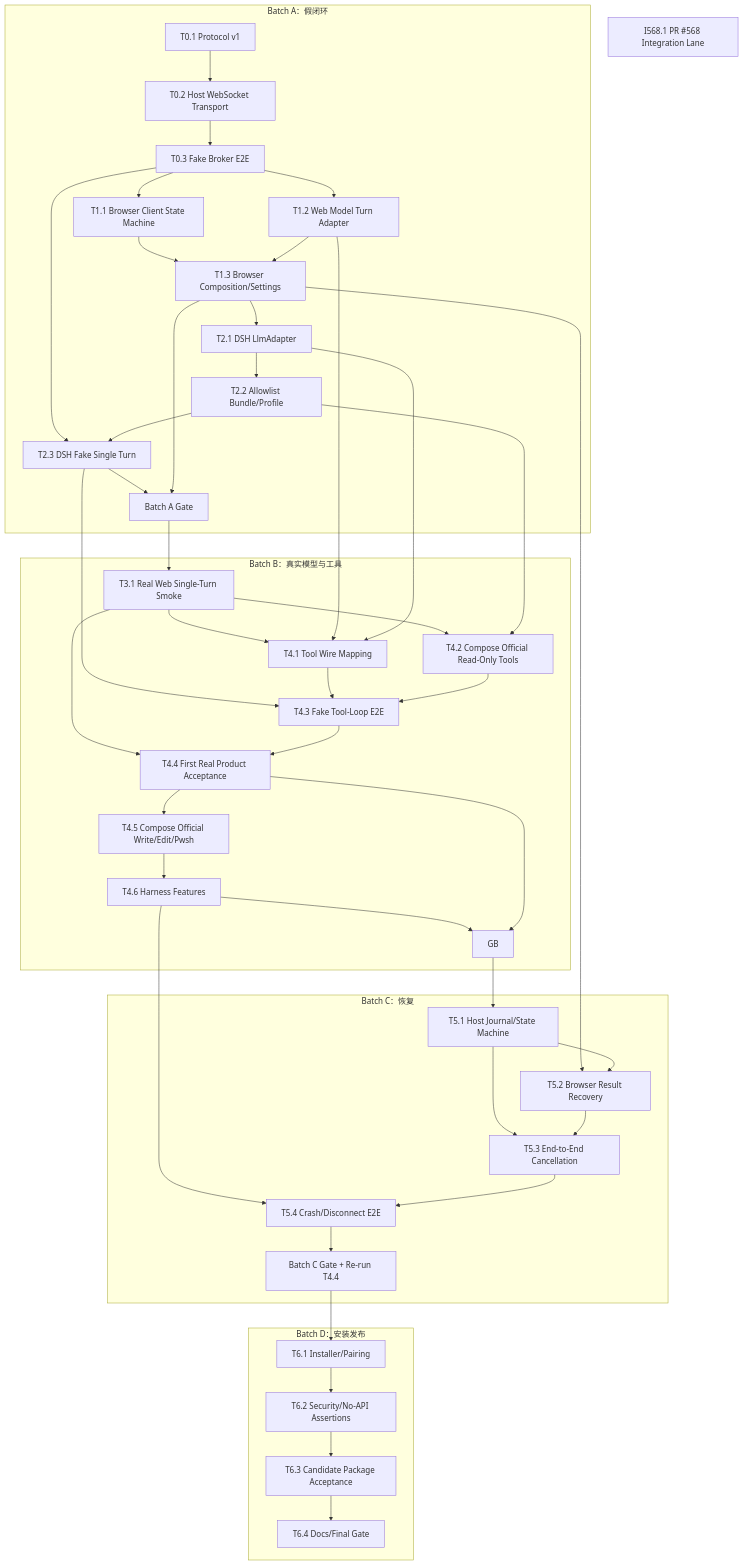
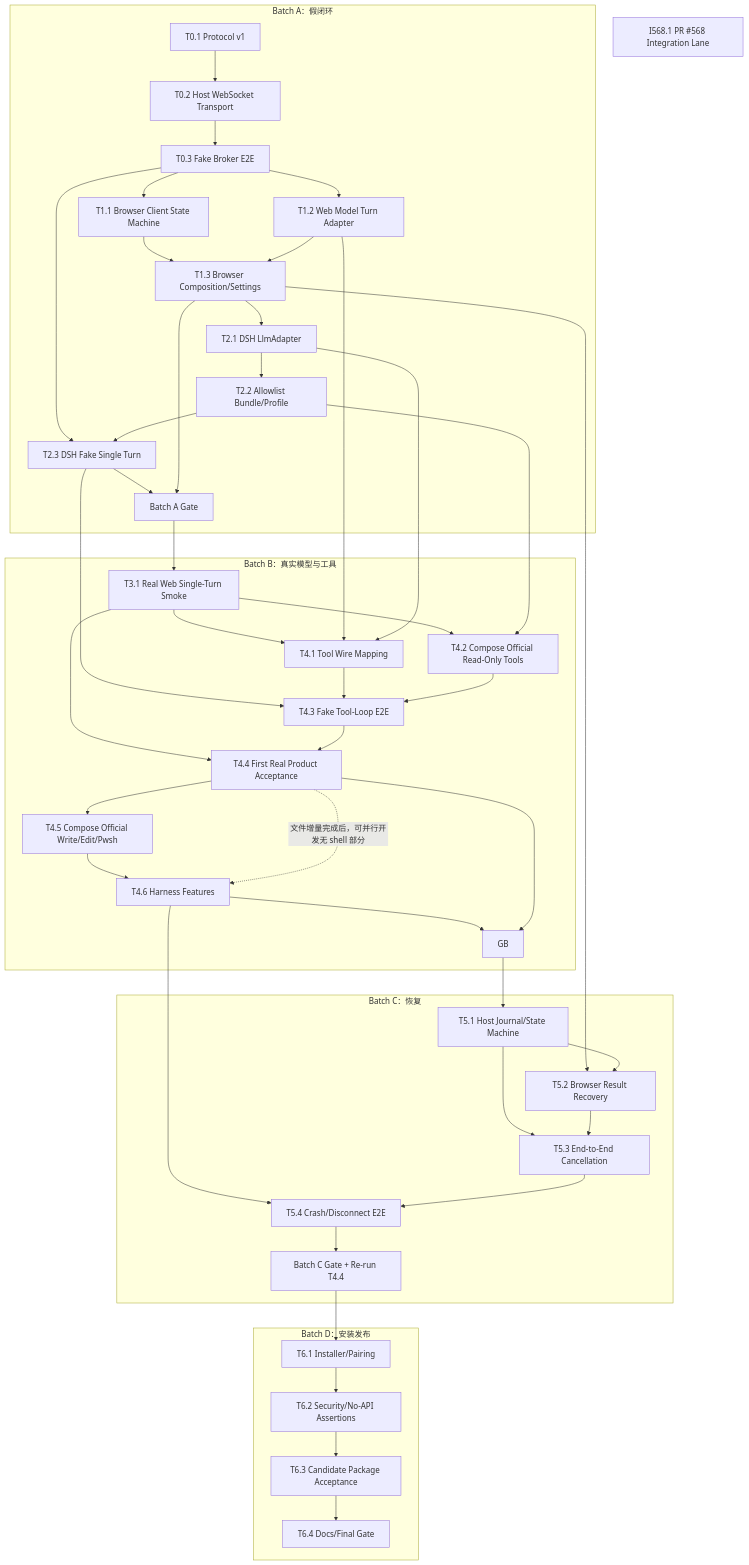
Before and after one commit to XVSHIFU/deepseek-pp: the first of 2 diagrams in docs/plan/dependency-graph.md, drawn with Mermaid. The commit also changed other lines of this file and 19 other files, not shown here.

````diff
--- a/docs/plan/dependency-graph.md
+++ b/docs/plan/dependency-graph.md
@@ -7,57 +7,58 @@
 ```mermaid
 flowchart TD
   subgraph A["Batch A：假闭环"]
     T01["T0.1 Protocol v1"] --> T02["T0.2 Host WebSocket Transport"]
     T02 --> T03["T0.3 Fake Broker E2E"]
 
     T03 --> T11["T1.1 Browser Client State Machine"]
     T03 --> T12["T1.2 Web Model Turn Adapter"]
     T11 --> T13["T1.3 Browser Composition/Settings"]
     T12 --> T13
 
     T13 --> T21["T2.1 DSH LlmAdapter"]
     T21 --> T22["T2.2 Allowlist Bundle/Profile"]
     T03 --> T23["T2.3 DSH Fake Single Turn"]
     T22 --> T23
     T23 --> GA["Batch A Gate"]
     T13 --> GA
   end
 
   subgraph B["Batch B：真实模型与工具"]
     GA --> T31["T3.1 Real Web Single-Turn Smoke"]
     T31 --> T41["T4.1 Tool Wire Mapping"]
     T12 --> T41
     T21 --> T41
     T31 --> T42["T4.2 Compose Official Read-Only Tools"]
     T22 --> T42
     T23 --> T43["T4.3 Fake Tool-Loop E2E"]
     T41 --> T43
     T42 --> T43
     T31 --> T44["T4.4 First Real Product Acceptance"]
     T43 --> T44
     T44 --> T45["T4.5 Compose Official Write/Edit/Pwsh"]
     T45 --> T46["T4.6 Harness Features"]
+    T44 -. "文件增量完成后，可并行开发无 shell 部分" .-> T46
     T46 --> GB
     T44 --> GB
   end
 
   subgraph C["Batch C：恢复"]
     GB --> T51["T5.1 Host Journal/State Machine"]
     T13 --> T52["T5.2 Browser Result Recovery"]
     T51 --> T52
     T51 --> T53["T5.3 End-to-End Cancellation"]
     T52 --> T53
     T46 --> T54["T5.4 Crash/Disconnect E2E"]
     T53 --> T54
     T54 --> GC["Batch C Gate + Re-run T4.4"]
   end
 
   subgraph D["Batch D：安装发布"]
     GC --> T61["T6.1 Installer/Pairing"]
     T61 --> T62["T6.2 Security/No-API Assertions"]
     T62 --> T63["T6.3 Candidate Package Acceptance"]
     T63 --> T64["T6.4 Docs/Final Gate"]
   end
 
   I568["I568.1 PR #568 Integration Lane"]
 ```
````
